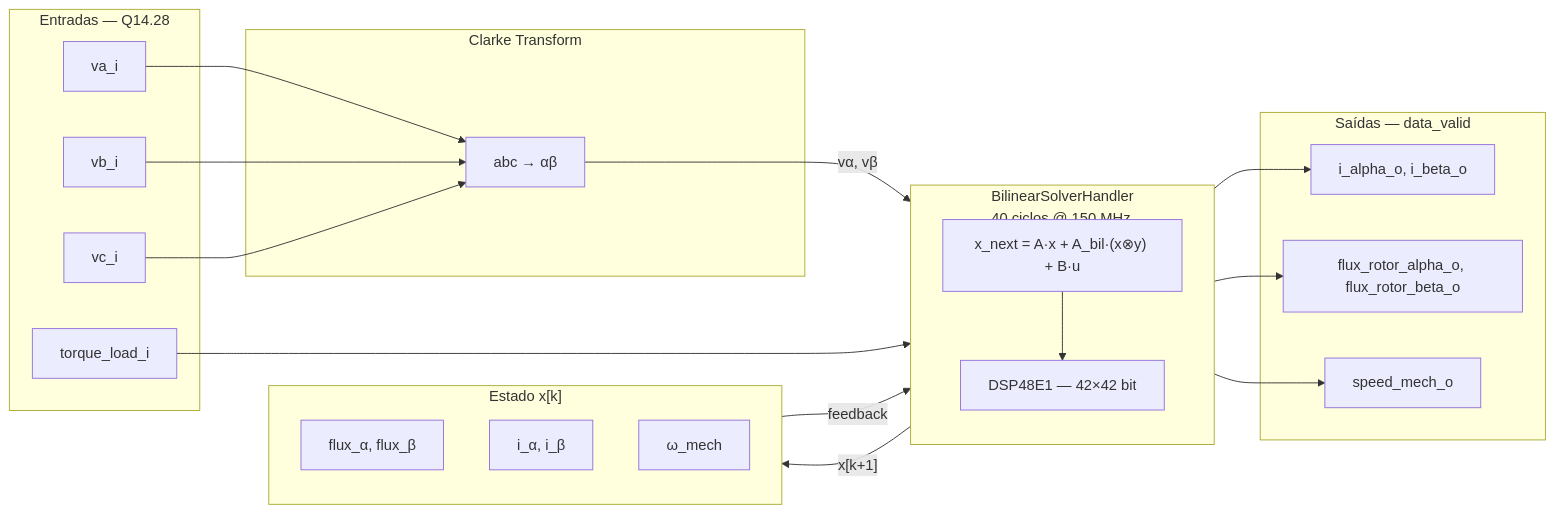
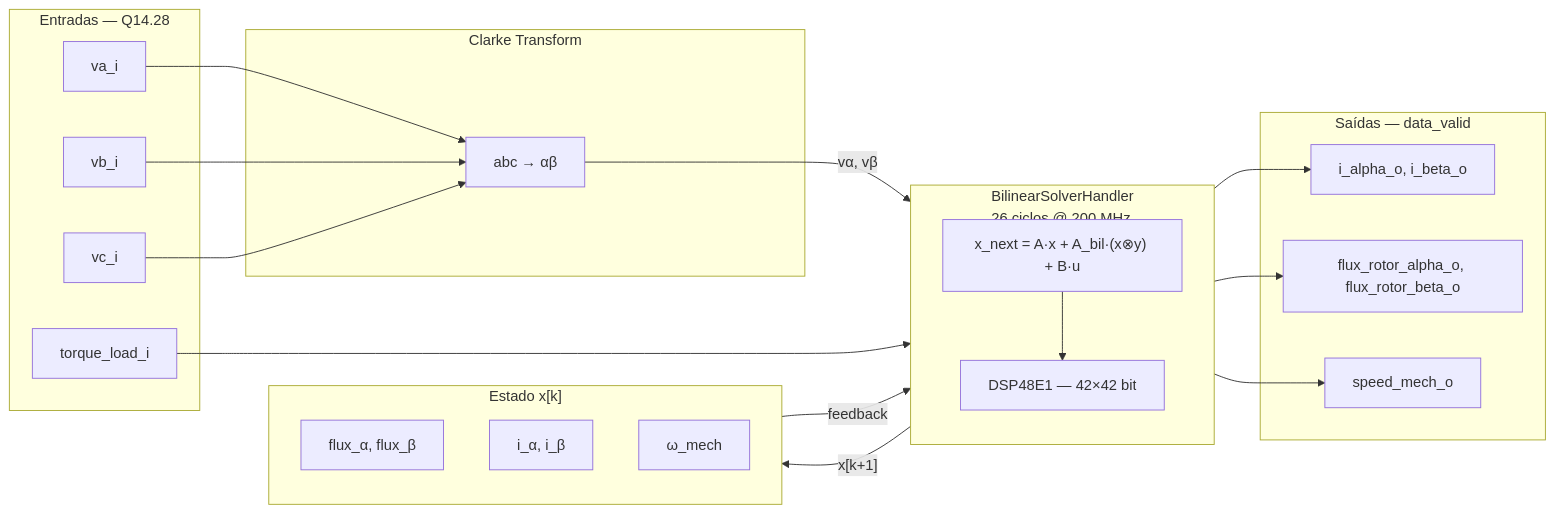
Before and after one commit to urielcontardi/Hardware-in-the-Loop: the sixth of 7 diagrams in docs/architecture.md, drawn with Mermaid. The commit also changed other lines of this file and 2 other files, not shown here.

Commit message:
📝 docs: fix outdated architecture (clock, registers, IRQ, API)

````diff
--- a/docs/architecture.md
+++ b/docs/architecture.md
@@ -259,36 +339,36 @@
 ```mermaid
 flowchart LR
     subgraph IN["Entradas — Q14.28"]
         VA["va_i"] & VB["vb_i"] & VC["vc_i"]
         TQ["torque_load_i"]
     end
 
     subgraph CLARKE["Clarke Transform"]
         CK["abc → αβ"]
     end
 
-    subgraph SOLVER["BilinearSolverHandler<br/>40 ciclos @ 150 MHz"]
+    subgraph SOLVER["BilinearSolverHandler<br/>26 ciclos @ 200 MHz"]
         EQ["x_next = A·x + A_bil·(x⊗y) + B·u"]
         DSP["DSP48E1 — 42×42 bit"]
         EQ --> DSP
     end
 
     subgraph STATE["Estado x[k]"]
         S1["flux_α, flux_β"]
         S2["i_α, i_β"]
         S3["ω_mech"]
     end
 
     subgraph OUT["Saídas — data_valid"]
         OI["i_alpha_o, i_beta_o"]
         OF["flux_rotor_alpha_o, flux_rotor_beta_o"]
         OS["speed_mech_o"]
     end
 
     VA & VB & VC --> CK
     CK -->|"vα, vβ"| SOLVER
     TQ --> SOLVER
     STATE -->|"feedback"| SOLVER
     SOLVER -->|"x[k+1]"| STATE
     SOLVER --> OI & OF & OS
 ```
````
